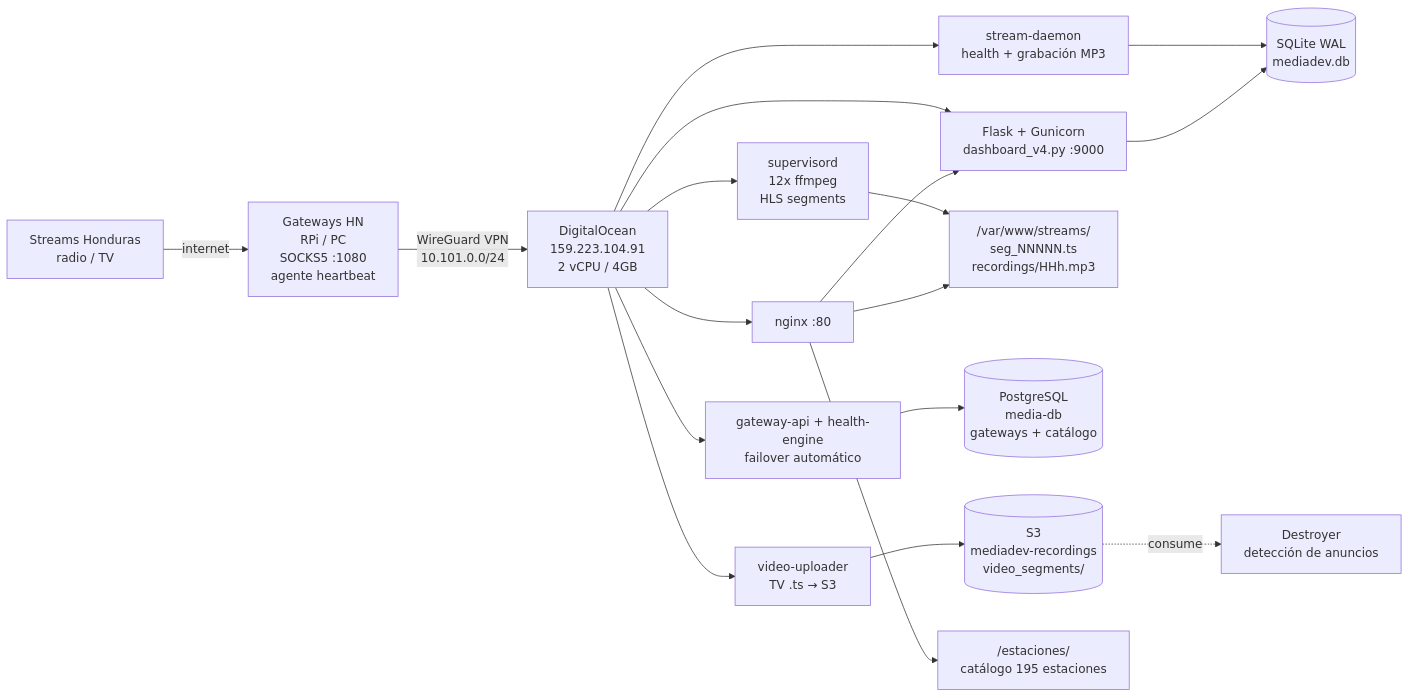
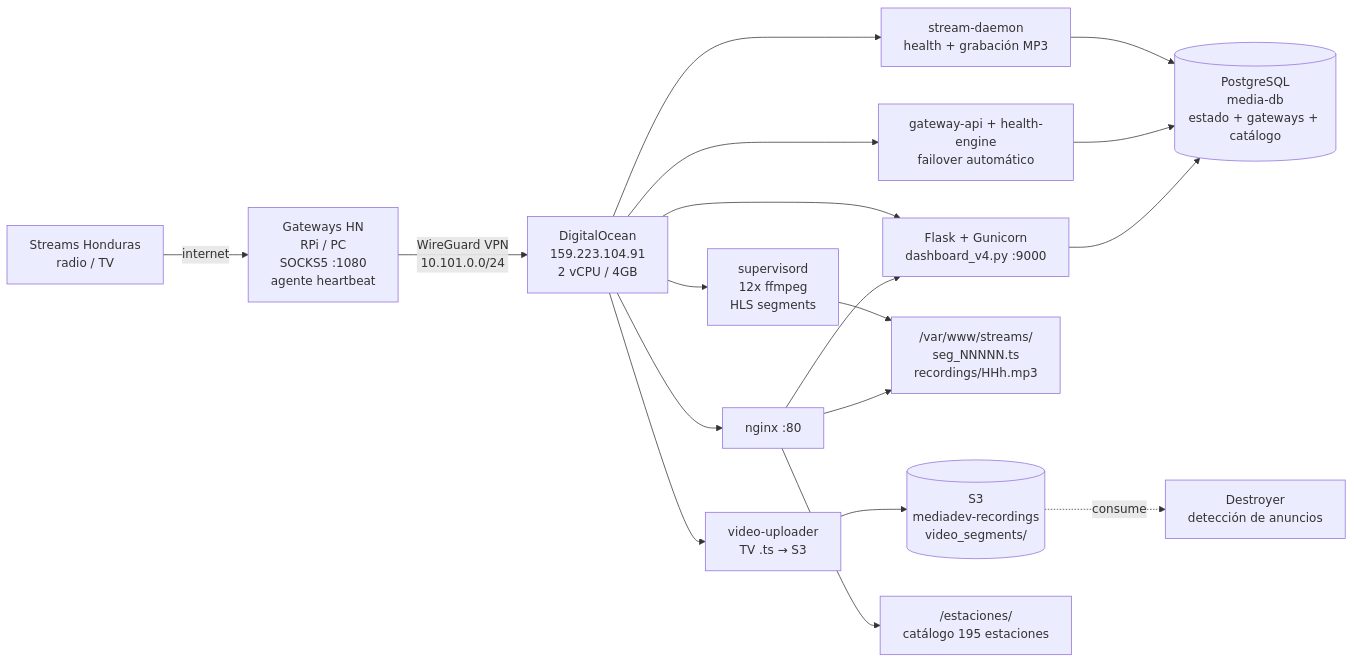
One commit to gchiham/MediaDEV-Honduras changed the diagram in README.md. Above: the diagram before and after it, drawn with Mermaid. The commit also changed other lines of this file and 2 other files, not shown here.

First line of the commit message:
feat: migrar estado del dashboard de SQLite a PostgreSQL (media-db)

````diff
--- a/README.md
+++ b/README.md
@@ -22,20 +22,20 @@
 ```mermaid
 graph LR
     A["Streams Honduras<br/>radio / TV"] -->|internet| B["Gateways HN<br/>RPi / PC<br/>SOCKS5 :1080<br/>agente heartbeat"]
     B -->|WireGuard VPN<br/>10.101.0.0/24| C["DigitalOcean<br/>159.223.104.91<br/>2 vCPU / 4GB"]
     C --> D["supervisord<br/>12x ffmpeg<br/>HLS segments"]
     C --> E["stream-daemon<br/>health + grabación MP3"]
     C --> J["gateway-api + health-engine<br/>failover automático"]
     C --> K["video-uploader<br/>TV .ts → S3"]
     C --> F["Flask + Gunicorn<br/>dashboard_v4.py :9000"]
     C --> G["nginx :80"]
     D --> H["/var/www/streams/<br/>seg_NNNNN.ts<br/>recordings/HHh.mp3"]
-    E --> I[("SQLite WAL<br/>mediadev.db")]
-    J --> L[("PostgreSQL<br/>media-db<br/>gateways + catálogo")]
+    E --> L[("PostgreSQL<br/>media-db<br/>estado + gateways + catálogo")]
+    J --> L
     K --> M[("S3<br/>mediadev-recordings<br/>video_segments/")]
-    F --> I
+    F --> L
     G --> F
     G --> H
     G --> N["/estaciones/<br/>catálogo 195 estaciones"]
     M -.->|consume| O["Destroyer<br/>detección de anuncios"]
 ```
````
